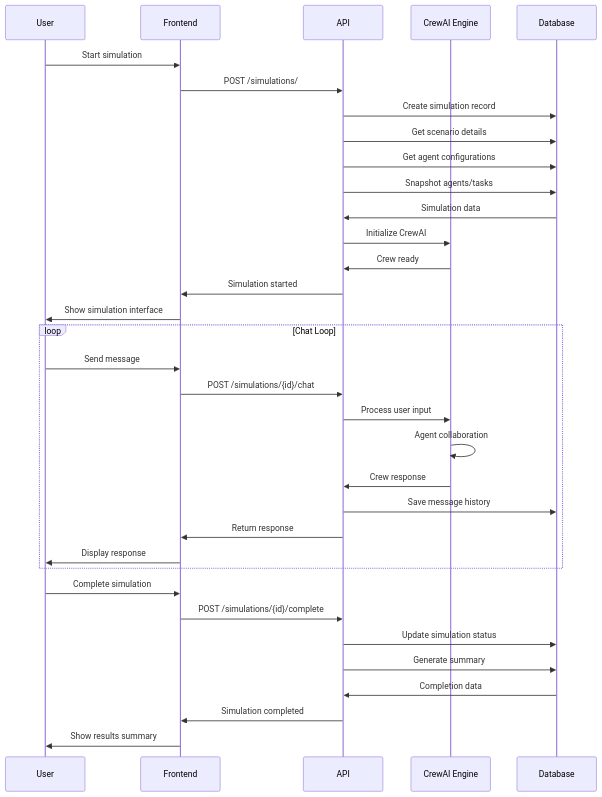
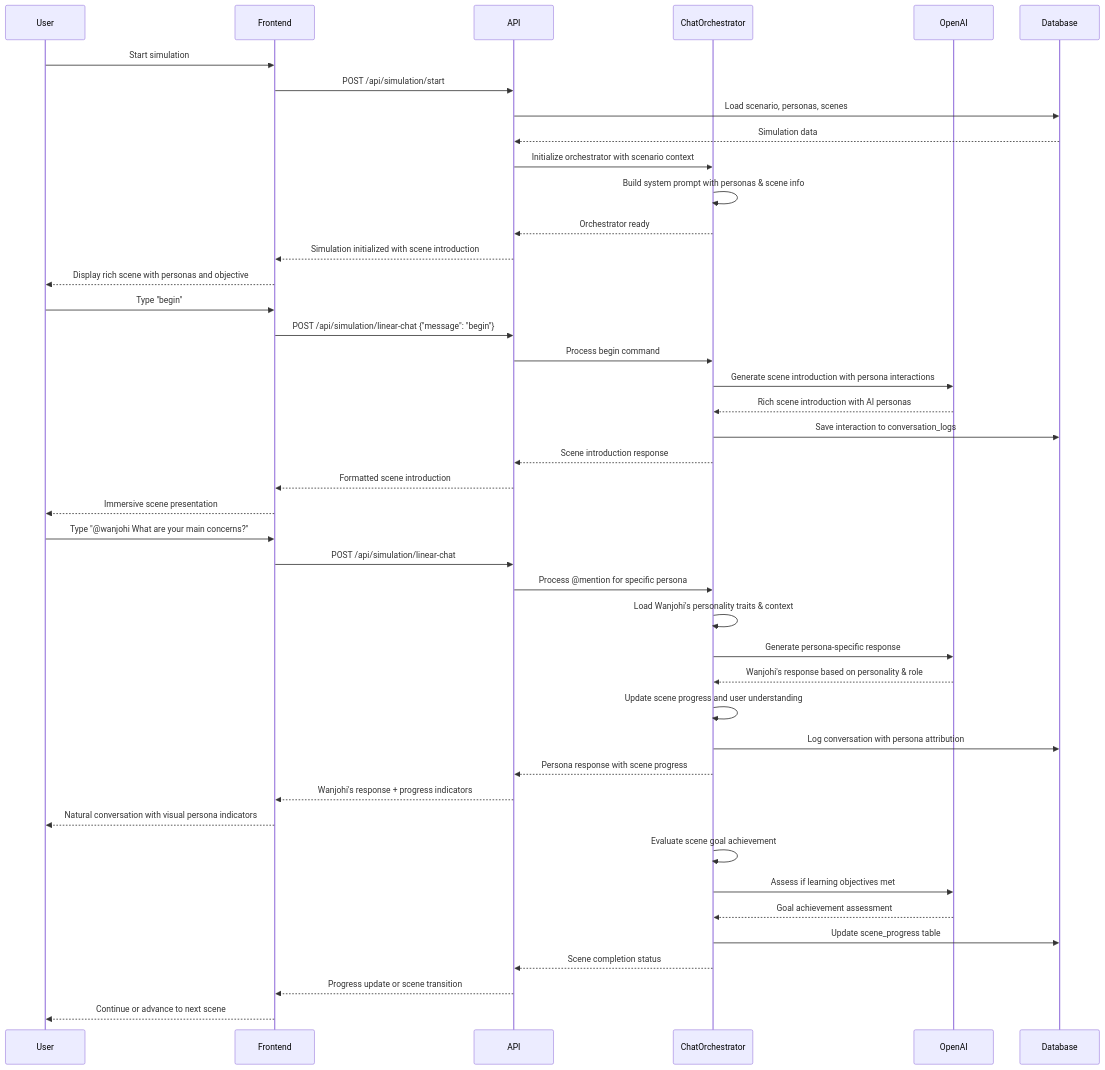
Before and after one commit to Sbcoit/forked-ai-agent-education-platform: the fifth of 18 diagrams in backend/docs/architecture/user-workflow.md, drawn with Mermaid. The commit also changed other lines of this file and 5 other files, not shown here.

First line of the commit message:
docs: Update comprehensive documentation for ChatOrchestrator integration

````diff
--- a/backend/docs/architecture/user-workflow.md
+++ b/backend/docs/architecture/user-workflow.md
@@ -289,42 +234,53 @@
 ```mermaid
 sequenceDiagram
     participant U as User
     participant F as Frontend
     participant A as API
-    participant C as CrewAI Engine
+    participant CO as ChatOrchestrator
+    participant AI as OpenAI
     participant D as Database
     
-    %% Simulation Setup
+    %% Scene Initialization
     U->>F: Start simulation
-    F->>A: POST /simulations/
-    A->>D: Create simulation record
-    A->>D: Get scenario details
-    A->>D: Get agent configurations
-    A->>D: Snapshot agents/tasks
-    D->>A: Simulation data
-    A->>C: Initialize CrewAI
-    C->>A: Crew ready
-    A->>F: Simulation started
-    F->>U: Show simulation interface
+    F->>A: POST /api/simulation/start
+    A->>D: Load scenario, personas, scenes
+    D-->>A: Simulation data
+    A->>CO: Initialize orchestrator with scenario context
+    CO->>CO: Build system prompt with personas & scene info
+    CO-->>A: Orchestrator ready
+    A-->>F: Simulation initialized with scene introduction
+    F-->>U: Display rich scene with personas and objective
     
-    %% Simulation Interaction
-    loop Chat Loop
-        U->>F: Send message
-        F->>A: POST /simulations/{id}/chat
-        A->>C: Process user input
-        C->>C: Agent collaboration
-        C->>A: Crew response
-        A->>D: Save message history
-        A->>F: Return response
-        F->>U: Display response
-    end
+    %% Begin Command
+    U->>F: Type "begin"
+    F->>A: POST /api/simulation/linear-chat {"message": "begin"}
+    A->>CO: Process begin command
+    CO->>AI: Generate scene introduction with persona interactions
+    AI-->>CO: Rich scene introduction with AI personas
+    CO->>D: Save interaction to conversation_logs
+    CO-->>A: Scene introduction response
+    A-->>F: Formatted scene introduction
+    F-->>U: Immersive scene presentation
     
-    %% Simulation Completion
-    U->>F: Complete simulation
-    F->>A: POST /simulations/{id}/complete
-    A->>D: Update simulation status
-    A->>D: Generate summary
-    D->>A: Completion data
-    A->>F: Simulation completed
-    F->>U: Show results summary
+    %% @Mention Interaction
+    U->>F: Type "@wanjohi What are your main concerns?"
+    F->>A: POST /api/simulation/linear-chat
+    A->>CO: Process @mention for specific persona
+    CO->>CO: Load Wanjohi's personality traits & context
+    CO->>AI: Generate persona-specific response
+    AI-->>CO: Wanjohi's response based on personality & role
+    CO->>CO: Update scene progress and user understanding
+    CO->>D: Log conversation with persona attribution
+    CO-->>A: Persona response with scene progress
+    A-->>F: Wanjohi's response + progress indicators
+    F-->>U: Natural conversation with visual persona indicators
+    
+    %% Scene Completion Check
+    CO->>CO: Evaluate scene goal achievement
+    CO->>AI: Assess if learning objectives met
+    AI-->>CO: Goal achievement assessment
+    CO->>D: Update scene_progress table
+    CO-->>A: Scene completion status
+    A-->>F: Progress update or scene transition
+    F-->>U: Continue or advance to next scene
 ```
````
